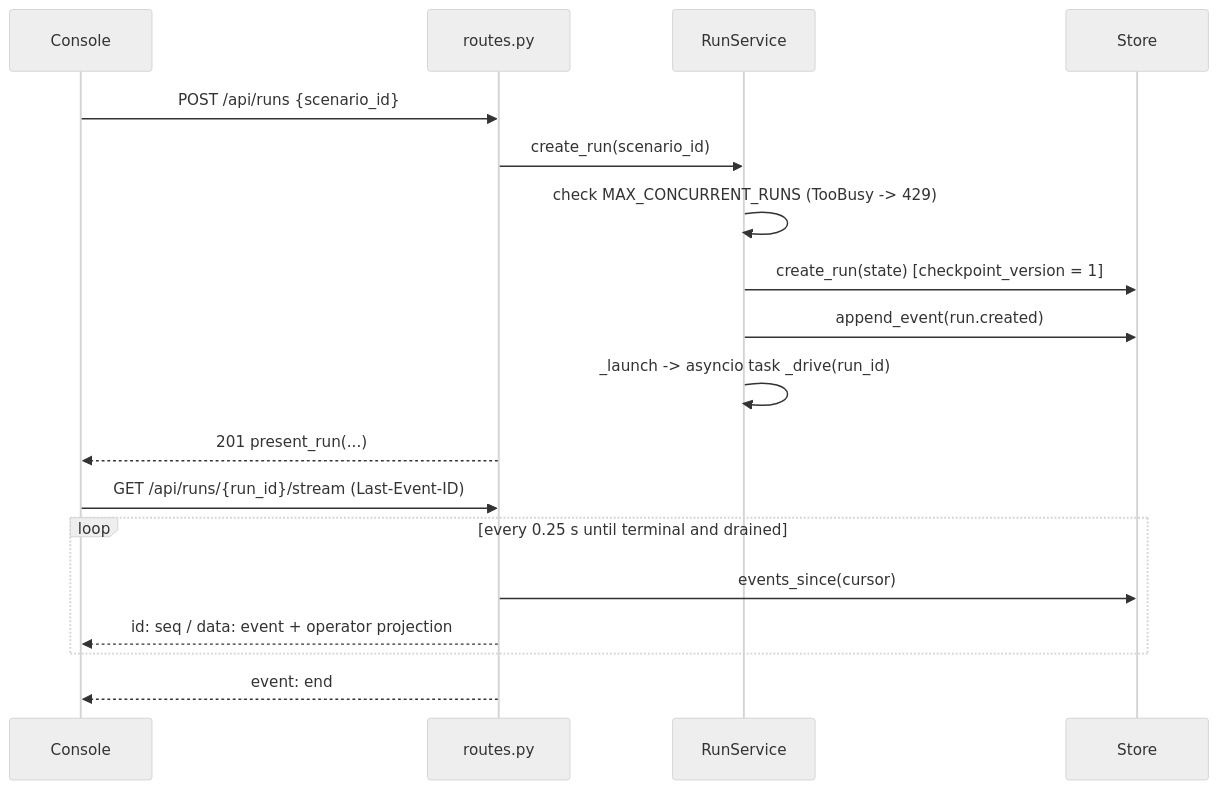
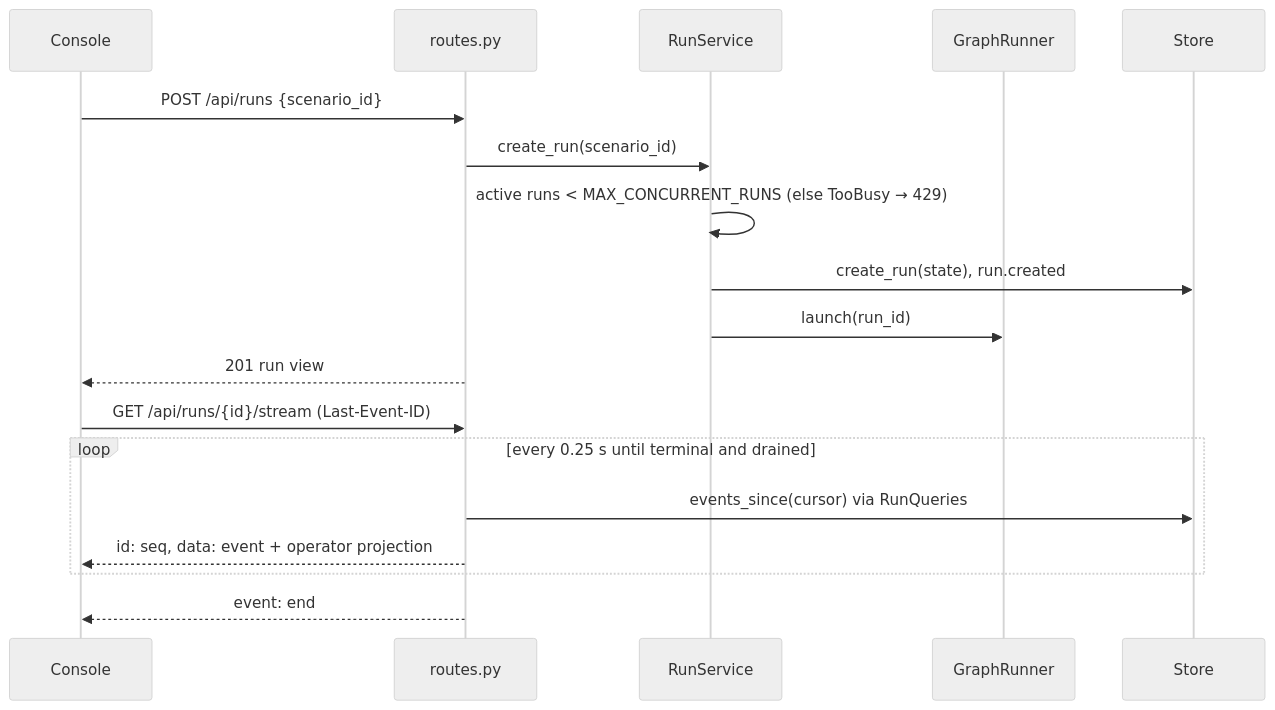
Before and after one commit to Zulfiqar7862/incident-triage-agent: the sixth of 9 diagrams in docs/LLD.md, drawn with Mermaid (neutral theme). The commit also changed other lines of this file and 17 other files, not shown here.

````diff
--- a/docs/LLD.md
+++ b/docs/LLD.md
@@ -256,20 +315,20 @@
 ```mermaid
 sequenceDiagram
   participant UI as Console
   participant R as routes.py
   participant RS as RunService
+  participant GR as GraphRunner
   participant S as Store
   UI->>R: POST /api/runs {scenario_id}
   R->>RS: create_run(scenario_id)
-  RS->>RS: check MAX_CONCURRENT_RUNS (TooBusy -> 429)
-  RS->>S: create_run(state) [checkpoint_version = 1]
-  RS->>S: append_event(run.created)
-  RS->>RS: _launch -> asyncio task _drive(run_id)
-  R-->>UI: 201 present_run(...)
-  UI->>R: GET /api/runs/{run_id}/stream (Last-Event-ID)
+  RS->>RS: active runs < MAX_CONCURRENT_RUNS (else TooBusy → 429)
+  RS->>S: create_run(state), run.created
+  RS->>GR: launch(run_id)
+  R-->>UI: 201 run view
+  UI->>R: GET /api/runs/{id}/stream (Last-Event-ID)
   loop every 0.25 s until terminal and drained
-    R->>S: events_since(cursor)
-    R-->>UI: id: seq / data: event + operator projection
+    R->>S: events_since(cursor) via RunQueries
+    R-->>UI: id: seq, data: event + operator projection
   end
   R-->>UI: event: end
 ```
````
